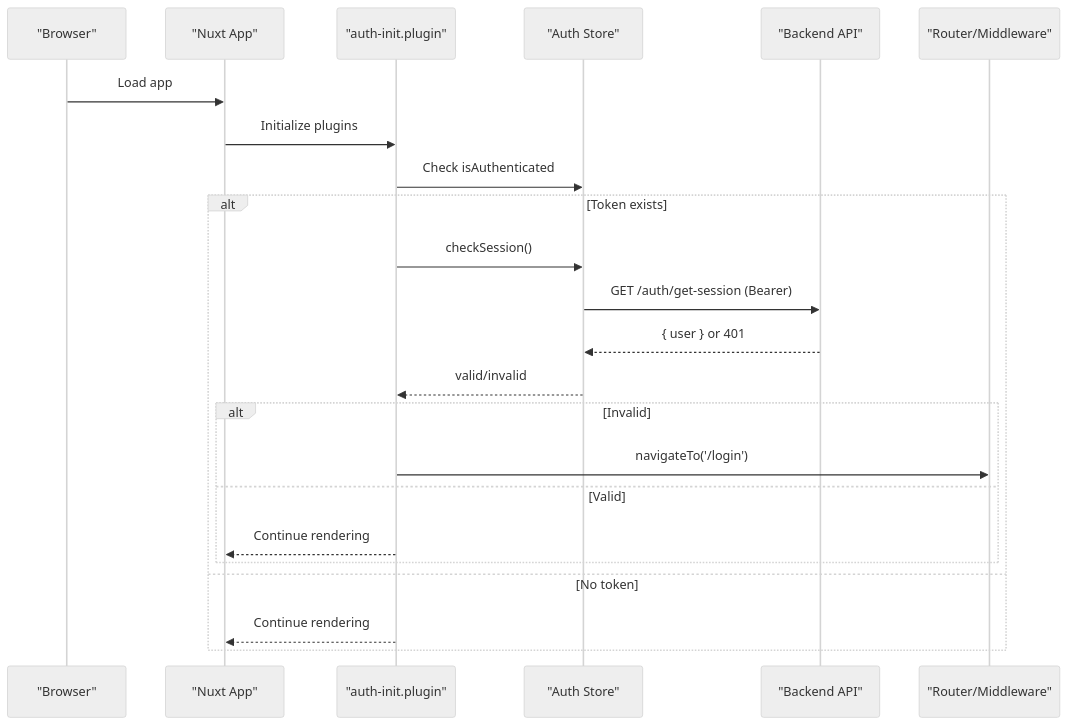
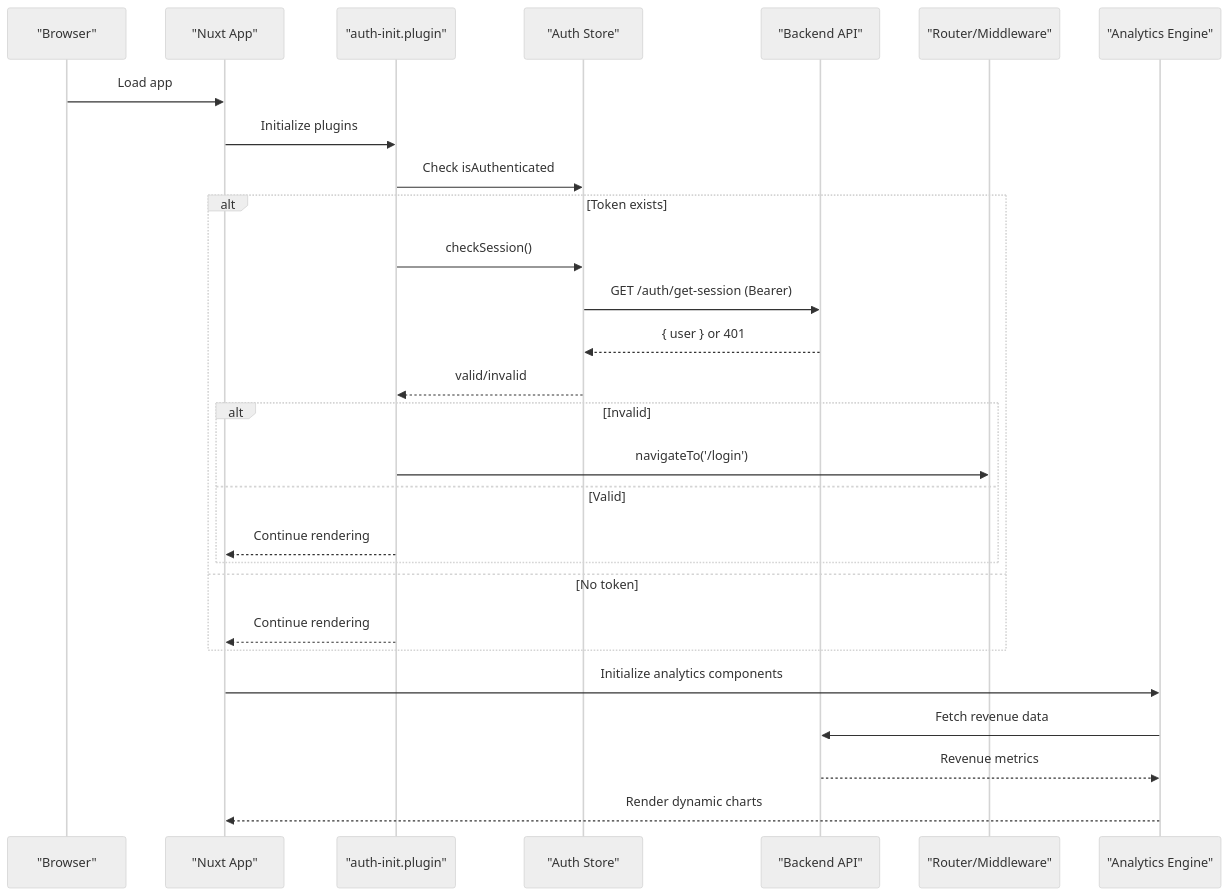
The second of 10 diagrams in .qoder/repowiki/en/content/Architecture & Design/Architecture & Design.md (Lazynerd-Studios/lacarte-atlas-console), drawn with Mermaid (neutral theme) before and after one commit. The commit also changed other lines of this file and 23 other files, not shown here.

````diff
--- a/.qoder/repowiki/en/content/Architecture & Design/Architecture & Design.md
+++ b/.qoder/repowiki/en/content/Architecture & Design/Architecture & Design.md
@@ -114,25 +131,30 @@
 ```mermaid
 sequenceDiagram
 participant Browser as "Browser"
 participant Nuxt as "Nuxt App"
 participant Plugin as "auth-init.plugin"
 participant Store as "Auth Store"
 participant API as "Backend API"
 participant Router as "Router/Middleware"
+participant Analytics as "Analytics Engine"
 Browser->>Nuxt : Load app
 Nuxt->>Plugin : Initialize plugins
 Plugin->>Store : Check isAuthenticated
 alt Token exists
 Plugin->>Store : checkSession()
 Store->>API : GET /auth/get-session (Bearer)
 API-->>Store : { user } or 401
 Store-->>Plugin : valid/invalid
 alt Invalid
 Plugin->>Router : navigateTo('/login')
 else Valid
 Plugin-->>Nuxt : Continue rendering
 end
 else No token
 Plugin-->>Nuxt : Continue rendering
 end
+Nuxt->>Analytics : Initialize analytics components
+Analytics->>API : Fetch revenue data
+API-->>Analytics : Revenue metrics
+Analytics-->>Nuxt : Render dynamic charts
 ```
````
